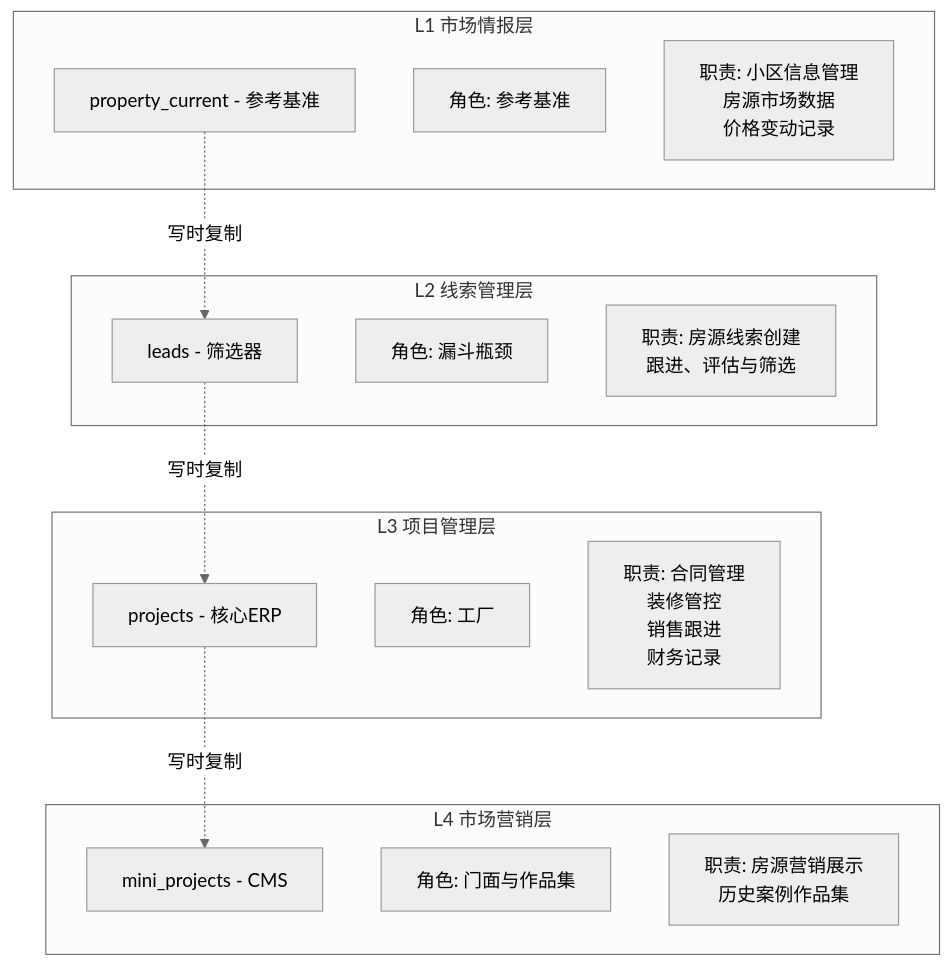
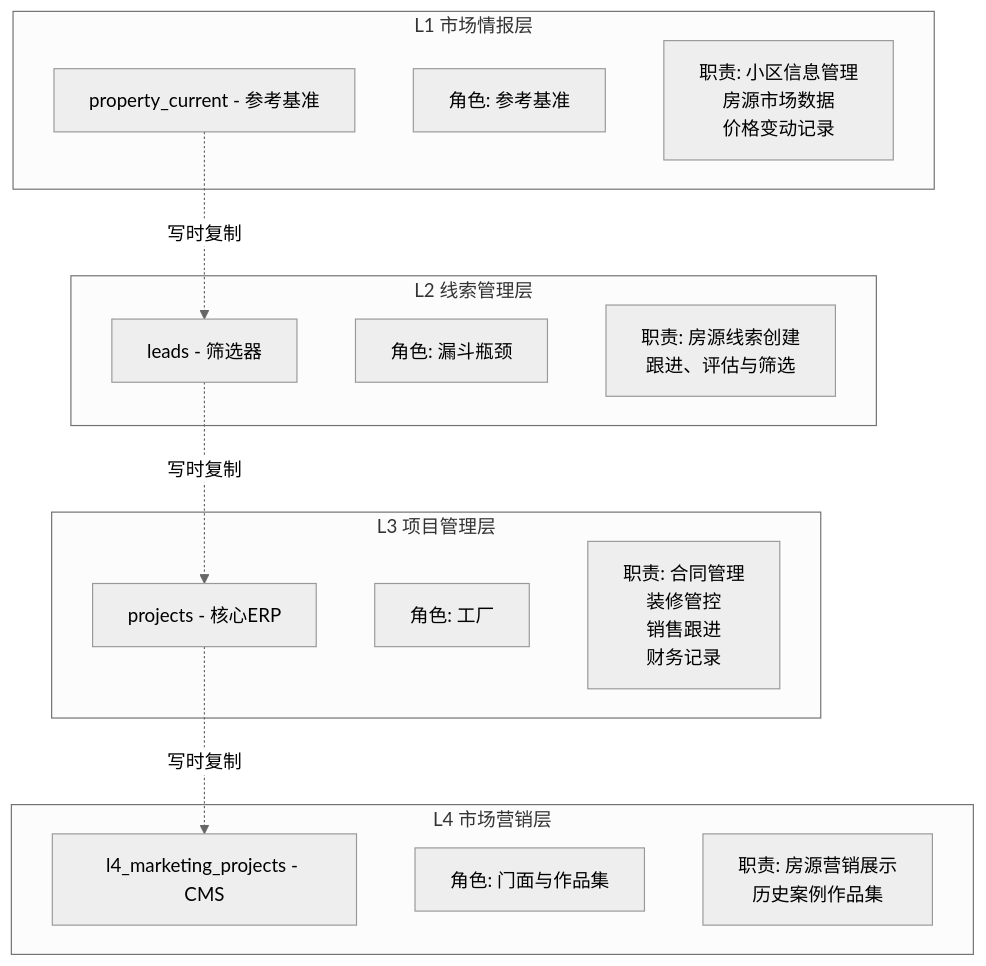
One commit to kakaoxy/profo changed the second of 8 diagrams in README.md. Above: the diagram before and after it, drawn with Mermaid (neutral theme). The commit also changed other lines of this file, not shown here.

````diff
--- a/README.md
+++ b/README.md
@@ -102,30 +102,30 @@
 ```mermaid
 graph TB
     subgraph "L4 市场营销层"
-        L4[mini_projects - CMS]
+        L4[l4_marketing_projects - CMS]
         L4D[角色: 门面与作品集]
         L4F[职责: 房源营销展示<br/>历史案例作品集]
     end
 
     subgraph "L3 项目管理层"
         L3[projects - 核心ERP]
         L3D[角色: 工厂]
         L3F[职责: 合同管理<br/>装修管控<br/>销售跟进<br/>财务记录]
     end
 
     subgraph "L2 线索管理层"
         L2[leads - 筛选器]
         L2D[角色: 漏斗瓶颈]
         L2F[职责: 房源线索创建<br/>跟进、评估与筛选]
     end
 
     subgraph "L1 市场情报层"
         L1[property_current - 参考基准]
         L1D[角色: 参考基准]
         L1F[职责: 小区信息管理<br/>房源市场数据<br/>价格变动记录]
     end
 
     L1 -.->|写时复制| L2
     L2 -.->|写时复制| L3
     L3 -.->|写时复制| L4
 ```
````
